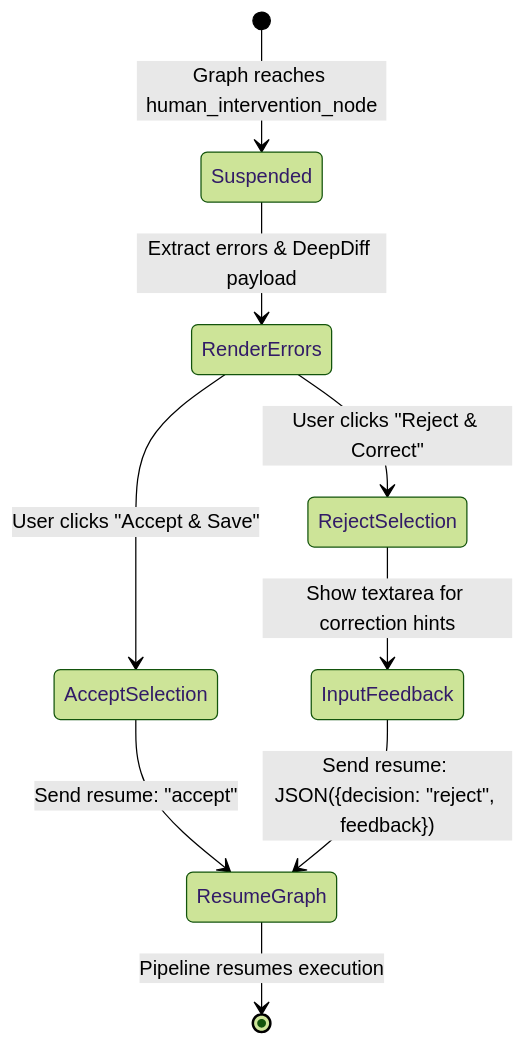
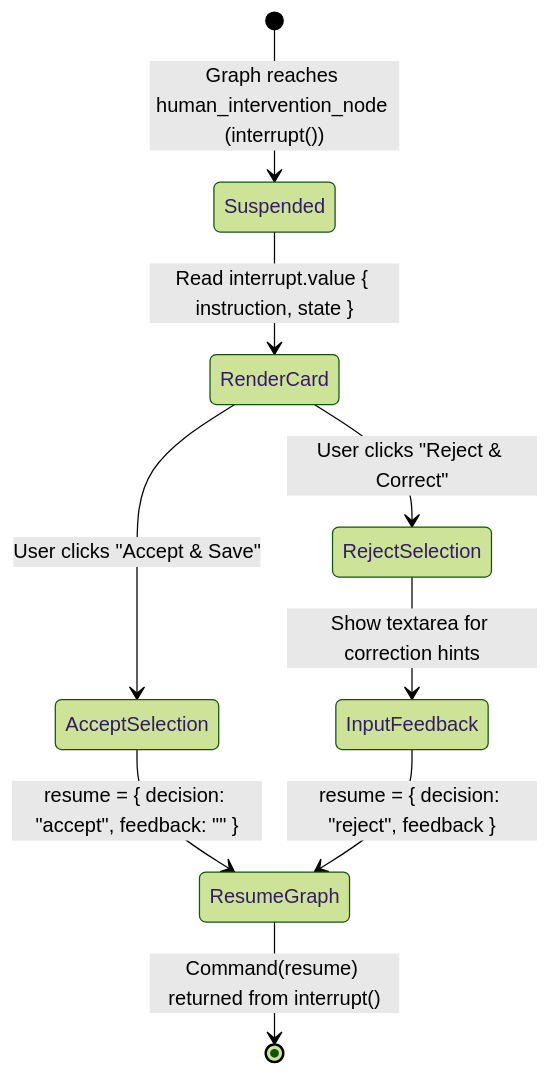
Before and after one commit to corovcam/uom-docs: the diagram in developer_docs/frontend/runtime.mdx, drawn with Mermaid (forest theme). The commit also changed other lines of this file and 11 other files, not shown here.

````diff
--- a/developer_docs/frontend/runtime.mdx
+++ b/developer_docs/frontend/runtime.mdx
@@ -160,13 +179,13 @@
 ```mermaid
 stateDiagram-v2
-    [*] --> Suspended: Graph reaches human_intervention_node
-    Suspended --> RenderErrors: Extract errors & DeepDiff payload
-    RenderErrors --> AcceptSelection: User clicks "Accept & Save"
-    RenderErrors --> RejectSelection: User clicks "Reject & Correct"
-    
-    AcceptSelection --> ResumeGraph: Send resume: "accept"
+    [*] --> Suspended: Graph reaches human_intervention_node (interrupt())
+    Suspended --> RenderCard: Read interrupt.value { instruction, state }
+    RenderCard --> AcceptSelection: User clicks "Accept & Save"
+    RenderCard --> RejectSelection: User clicks "Reject & Correct"
+
+    AcceptSelection --> ResumeGraph: resume = { decision: "accept", feedback: "" }
     RejectSelection --> InputFeedback: Show textarea for correction hints
-    InputFeedback --> ResumeGraph: Send resume: JSON({decision: "reject", feedback})
-    
-    ResumeGraph --> [*]: Pipeline resumes execution
+    InputFeedback --> ResumeGraph: resume = { decision: "reject", feedback }
+
+    ResumeGraph --> [*]: Command(resume) returned from interrupt()
 ```
````
